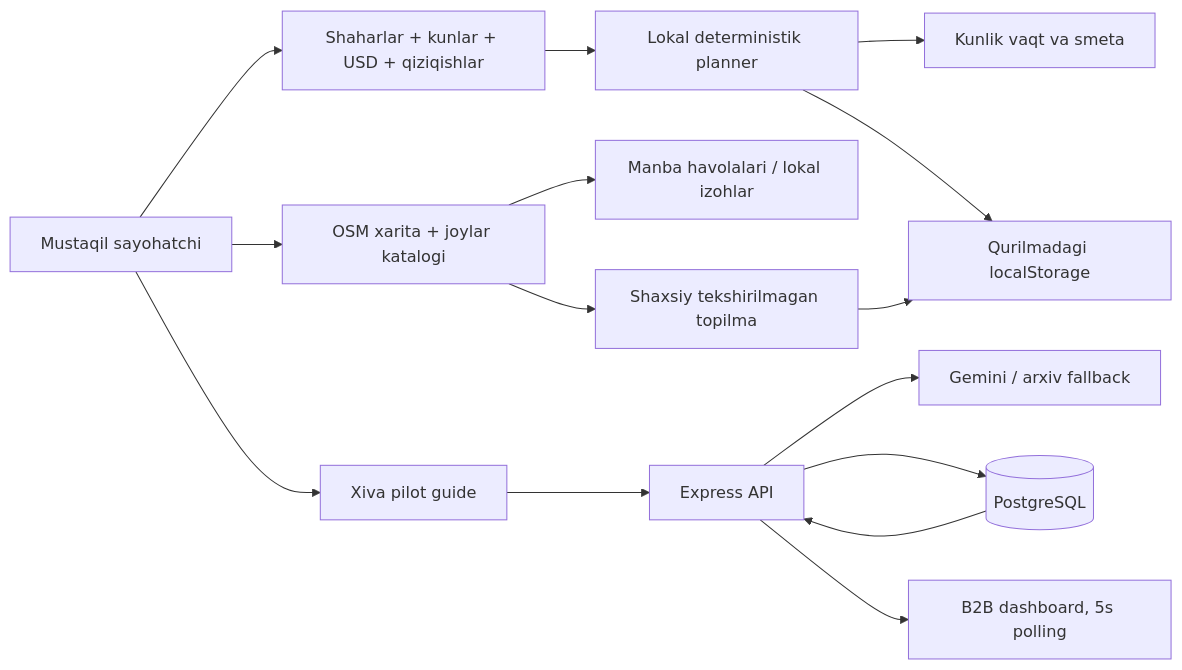
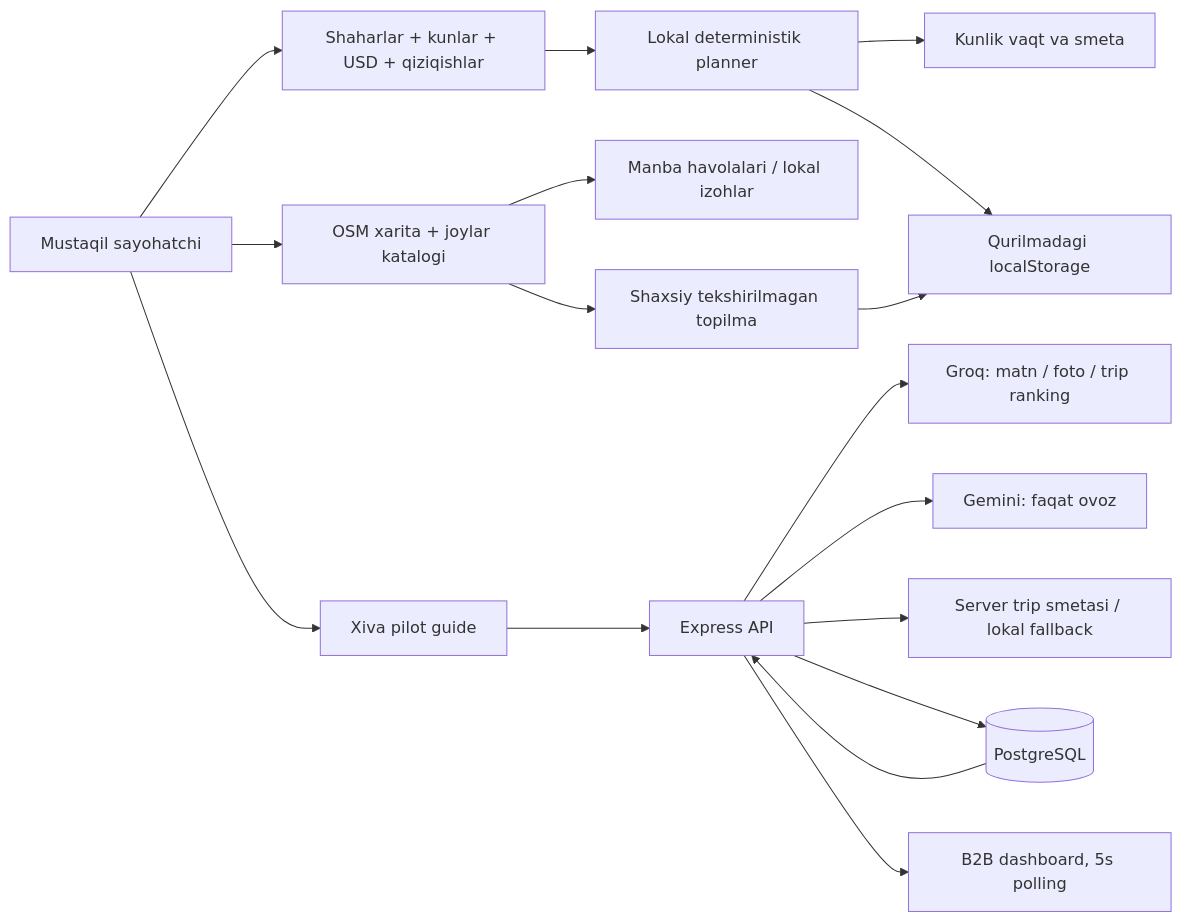
Before and after one commit to sfarruhbek/SmartGuide: the diagram in documentation/ARCHITECTURE.md, drawn with Mermaid. The commit also changed other lines of this file and 36 other files, not shown here.

Commit message:
feat(api): add Groq planning and Gemini speech with quota fallback

````diff
--- a/documentation/ARCHITECTURE.md
+++ b/documentation/ARCHITECTURE.md
@@ -7,17 +7,19 @@
 ```mermaid
 flowchart LR
   User[Mustaqil sayohatchi] --> Form[Shaharlar + kunlar + USD + qiziqishlar]
   Form --> Planner[Lokal deterministik planner]
   Planner --> Days[Kunlik vaqt va smeta]
   Planner --> Storage[Qurilmadagi localStorage]
   User --> Map[OSM xarita + joylar katalogi]
   Map --> Sources[Manba havolalari / lokal izohlar]
   Map --> Draft[Shaxsiy tekshirilmagan topilma]
   Draft --> Storage
   User --> Pilot[Xiva pilot guide]
   Pilot --> API[Express API]
-  API --> AI[Gemini / arxiv fallback]
+  API --> AI[Groq: matn / foto / trip ranking]
+  API --> Voice[Gemini: faqat ovoz]
+  API --> TripAPI[Server trip smetasi / lokal fallback]
   API --> DB[(PostgreSQL)]
   DB --> API
   API --> Dash[B2B dashboard, 5s polling]
 ```
````
